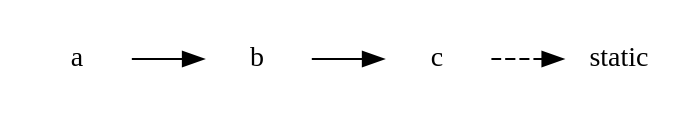
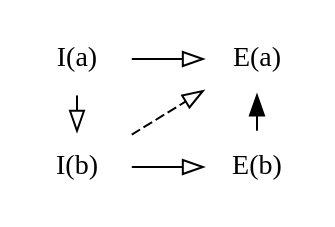
Before and after one commit to zetanumbers/book: the fourth of 6 diagrams in src/refining-rust-type-system.md, drawn with Graphviz. The commit also changed other lines of this file and 1 other file, not shown here.

````diff
--- a/src/refining-rust-type-system.md
+++ b/src/refining-rust-type-system.md
@@ -85,9 +104,16 @@
 ```dot process
 digraph G {
   rankdir="LR";
-  node [shape="none"];
-  a -> b;
-  b -> c;
-  c -> static [style="dashed"];
+  node [shape="none",fontname="MathJax_Math"];
+  edge [arrowhead=empty]
+  ia [label="I(a)"];
+  ea [label="E(a)"];
+  ib [label="I(b)"];
+  eb [label="E(b)"];
+  ia -> ea;
+  ia -> ib [constraint=false];
+  ib -> eb;
+  ib -> ea [style=dashed,constraint=false];
+  eb -> ea [arrowhead="",constraint=false];
 }
 ```
````
